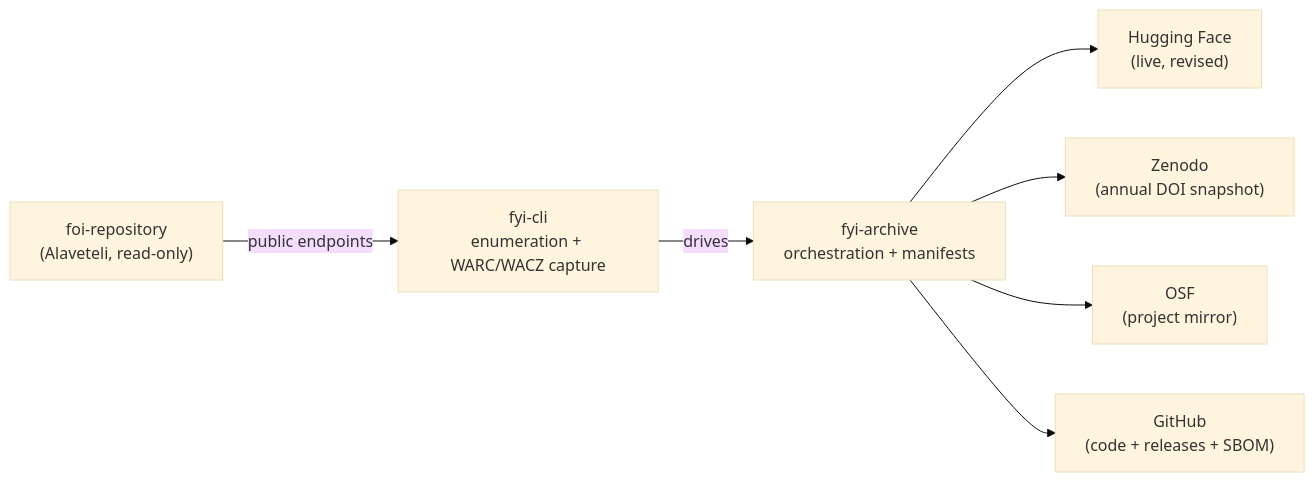
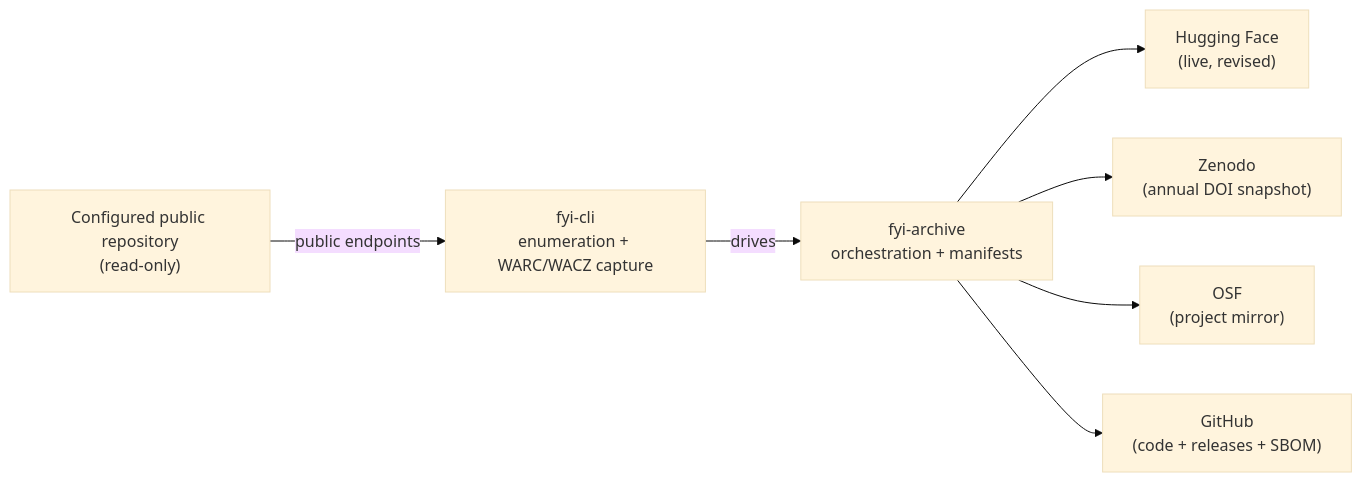
The diagram in README.md (edithatogo/fyi-archive), drawn with Mermaid (base theme) before and after one commit. The commit also changed other lines of this file and 2 other files, not shown here.

````diff
--- a/README.md
+++ b/README.md
@@ -13,9 +12,9 @@
 ```mermaid
 flowchart LR
-  A["foi-repository<br/>(Alaveteli, read-only)"] -->|public endpoints| B["fyi-cli<br/>enumeration + WARC/WACZ capture"]
+  A["Configured public repository<br/>(read-only)"] -->|public endpoints| B["fyi-cli<br/>enumeration + WARC/WACZ capture"]
   B -->|drives| C["fyi-archive<br/>orchestration + manifests"]
   C --> D["Hugging Face<br/>(live, revised)"]
   C --> E["Zenodo<br/>(annual DOI snapshot)"]
   C --> F["OSF<br/>(project mirror)"]
   C --> G["GitHub<br/>(code + releases + SBOM)"]
 ```
````
